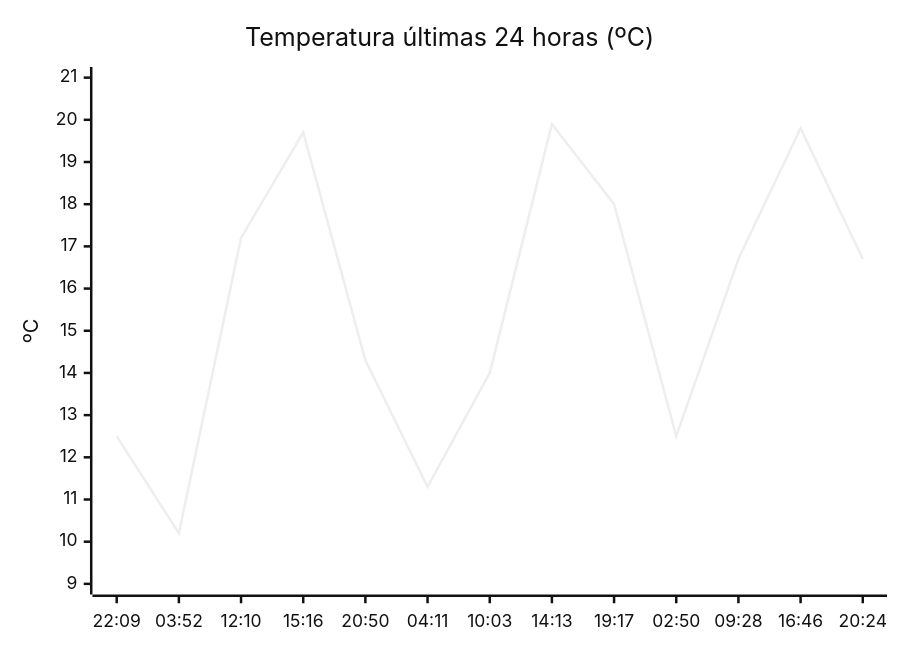
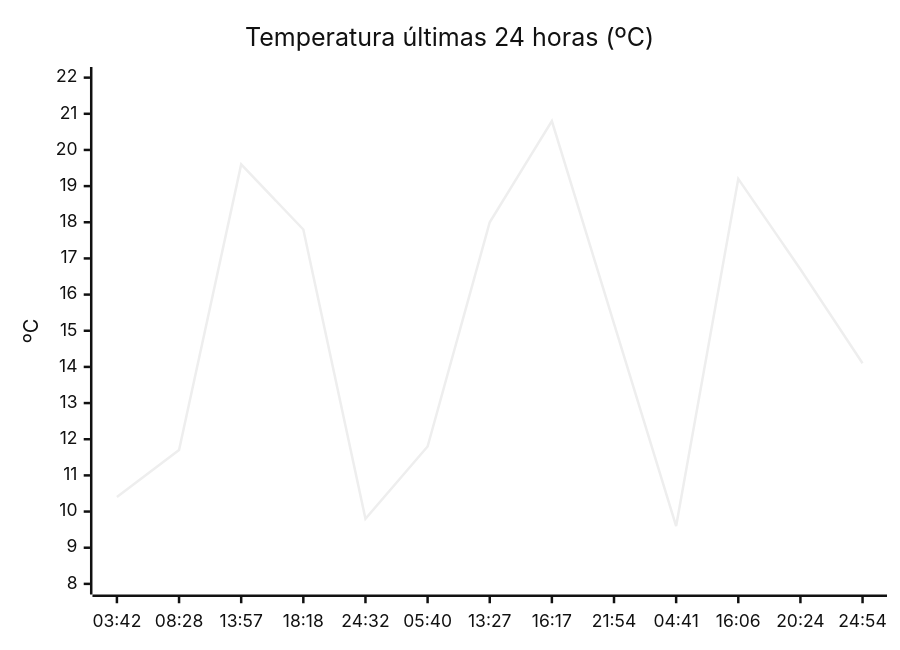
One commit to solidsnk86/rem-scrap changed the diagram in README.md. Above: the diagram before and after it, drawn with Mermaid (neutral theme). The commit also changed other lines of this file, not shown here.

````diff
--- a/README.md
+++ b/README.md
@@ -36,7 +28,7 @@
 ```mermaid
 xychart-beta
     title "Temperatura últimas 24 horas (ºC)"
-    x-axis ["22:09", "03:52", "12:10", "15:16", "20:50", "04:11", "10:03", "14:13", "19:17", "02:50", "09:28", "16:46", "20:24"]
-    y-axis "ºC" 9 --> 21
-    line [12.5, 10.2, 17.2, 19.7, 14.3, 11.3, 14, 19.9, 18, 12.5, 16.7, 19.8, 16.7]
+    x-axis ["03:42", "08:28", "13:57", "18:18", "24:32", "05:40", "13:27", "16:17", "21:54", "04:41", "16:06", "20:24", "24:54"]
+    y-axis "ºC" 8 --> 22
+    line [10.4, 11.7, 19.6, 17.8, 9.8, 11.8, 18, 20.8, 15.2, 9.6, 19.2, 16.7, 14.1]
 ```
````
